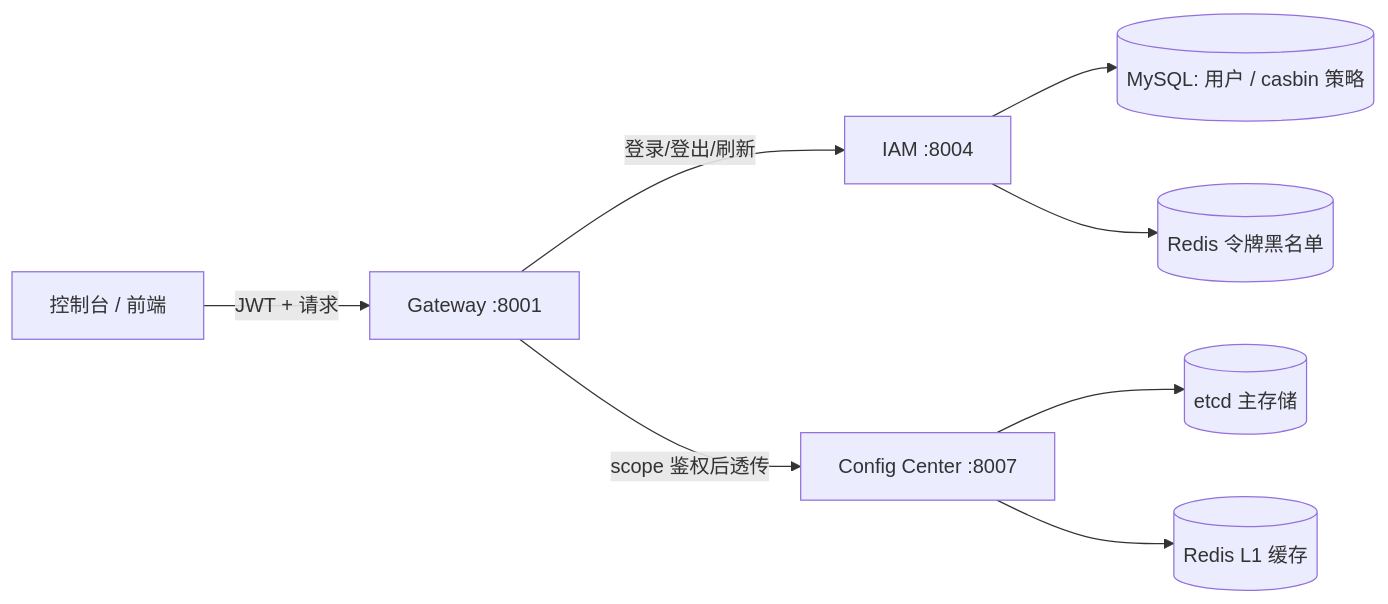
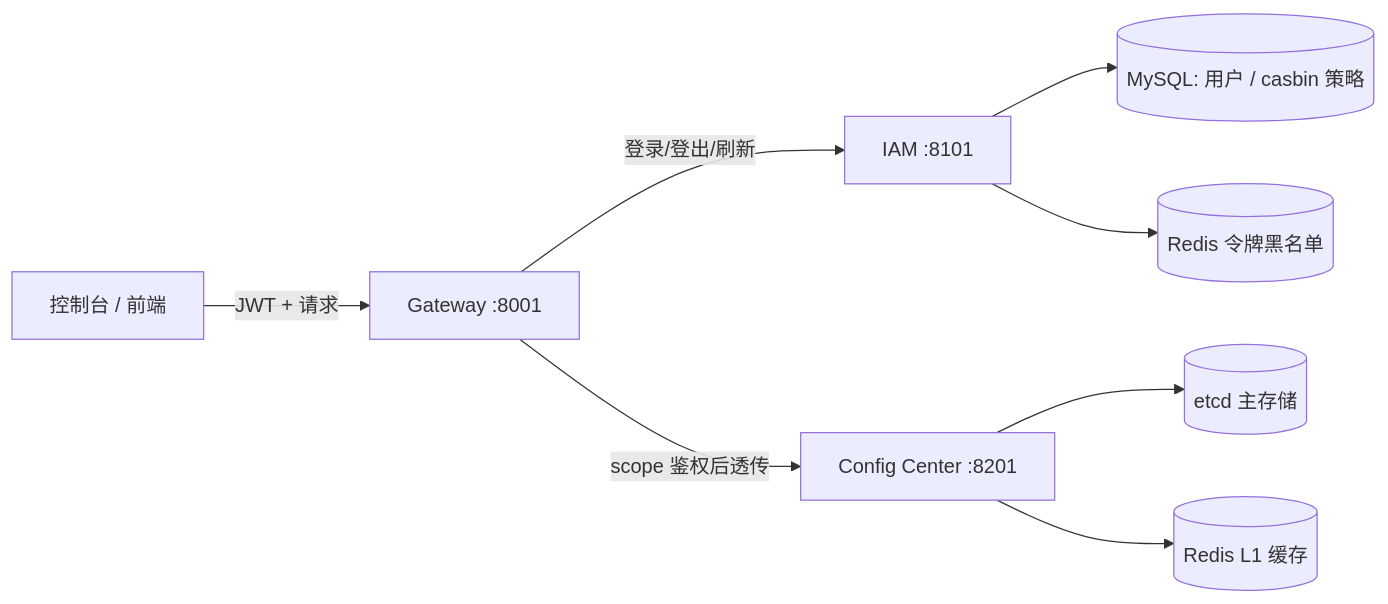
Before and after one commit to Amber-Gaze/OpsHub: the first of 2 diagrams in docs/ARCHITECTURE.md, drawn with Mermaid. The commit also changed other lines of this file and 16 other files, not shown here.

````diff
--- a/docs/ARCHITECTURE.md
+++ b/docs/ARCHITECTURE.md
@@ -10,10 +10,10 @@
 ```mermaid
 flowchart LR
     U[控制台 / 前端] -->|JWT + 请求| G[Gateway :8001]
-    G -->|登录/登出/刷新| I[IAM :8004]
-    G -->|scope 鉴权后透传| C[Config Center :8007]
+    G -->|登录/登出/刷新| I[IAM :8101]
+    G -->|scope 鉴权后透传| C[Config Center :8201]
     C --> E[(etcd 主存储)]
     C --> R[(Redis L1 缓存)]
     I --> M[(MySQL: 用户 / casbin 策略)]
     I --> R2[(Redis 令牌黑名单)]
 ```
````
